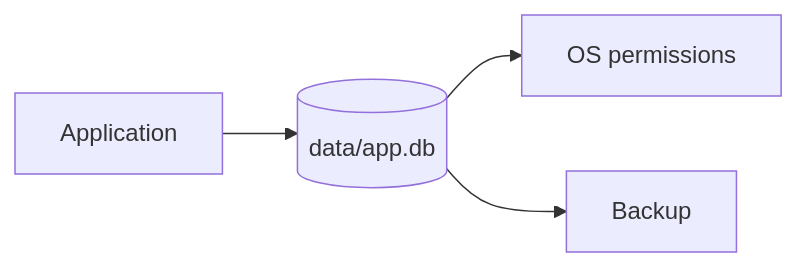
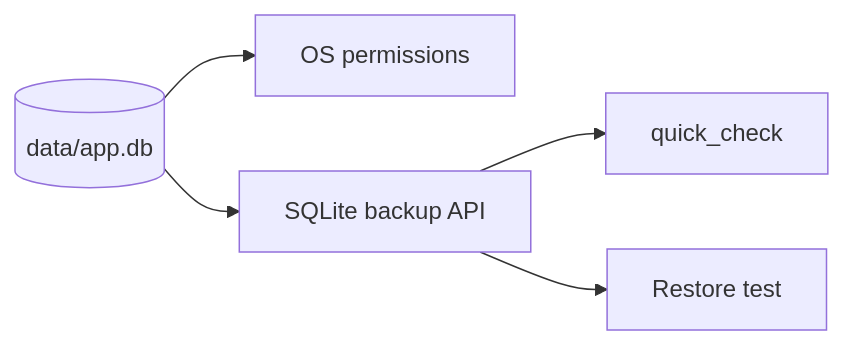
Before and after one commit to k-systems202208/python-sqlite-tailscale-webapp-template: the third of 4 diagrams in docs/SECURITY.md, drawn with Mermaid. The commit also changed other lines of this file and 42 other files, not shown here.

````diff
--- a/docs/SECURITY.md
+++ b/docs/SECURITY.md
@@ -117,6 +86,7 @@
 ```mermaid
 flowchart LR
-    A["Application"] --> DB[("data/app.db")]
-    DB --> O["OS permissions"]
-    DB --> B["Backup"]
+    DB[("data/app.db")] --> O["OS permissions"]
+    DB --> B["SQLite backup API"]
+    B --> C["quick_check"]
+    B --> R["Restore test"]
 ```
````
